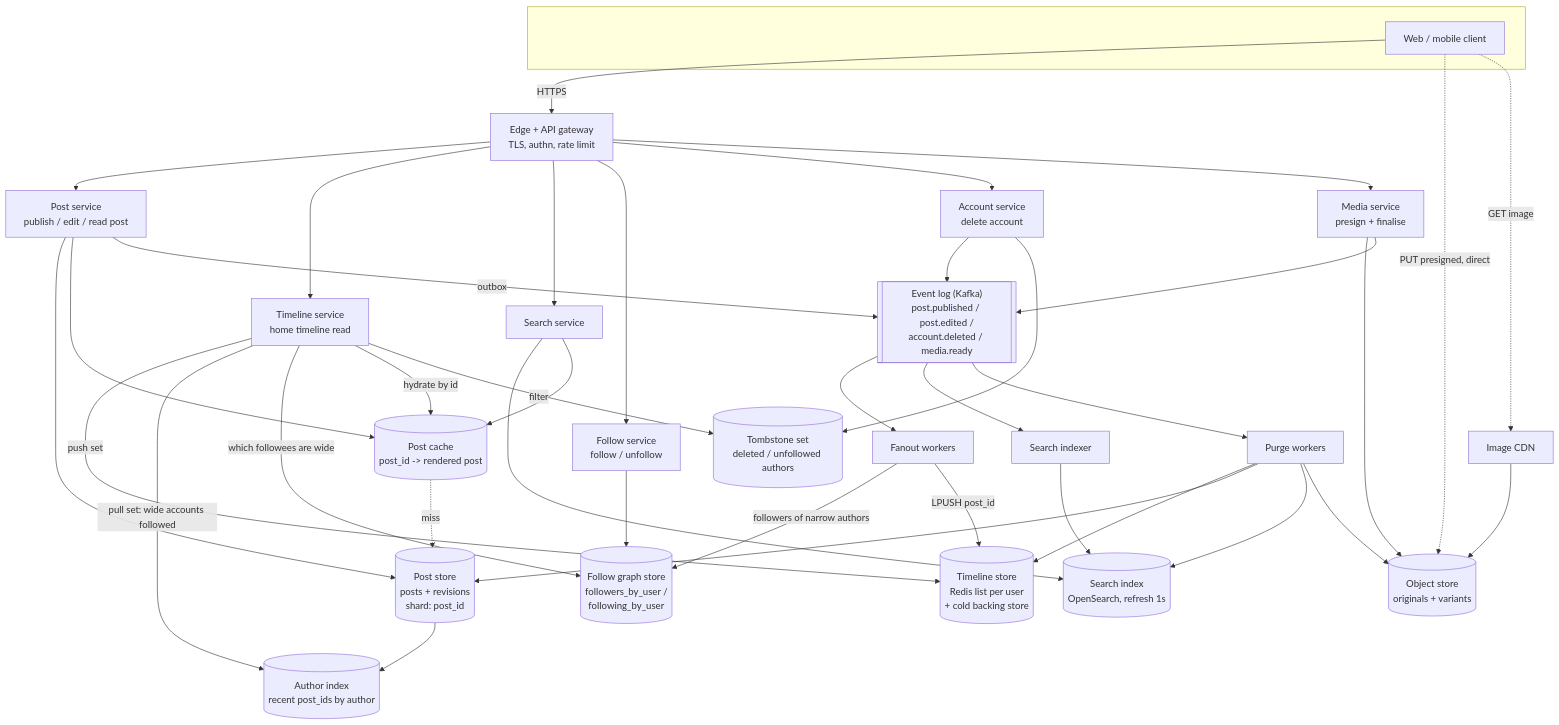
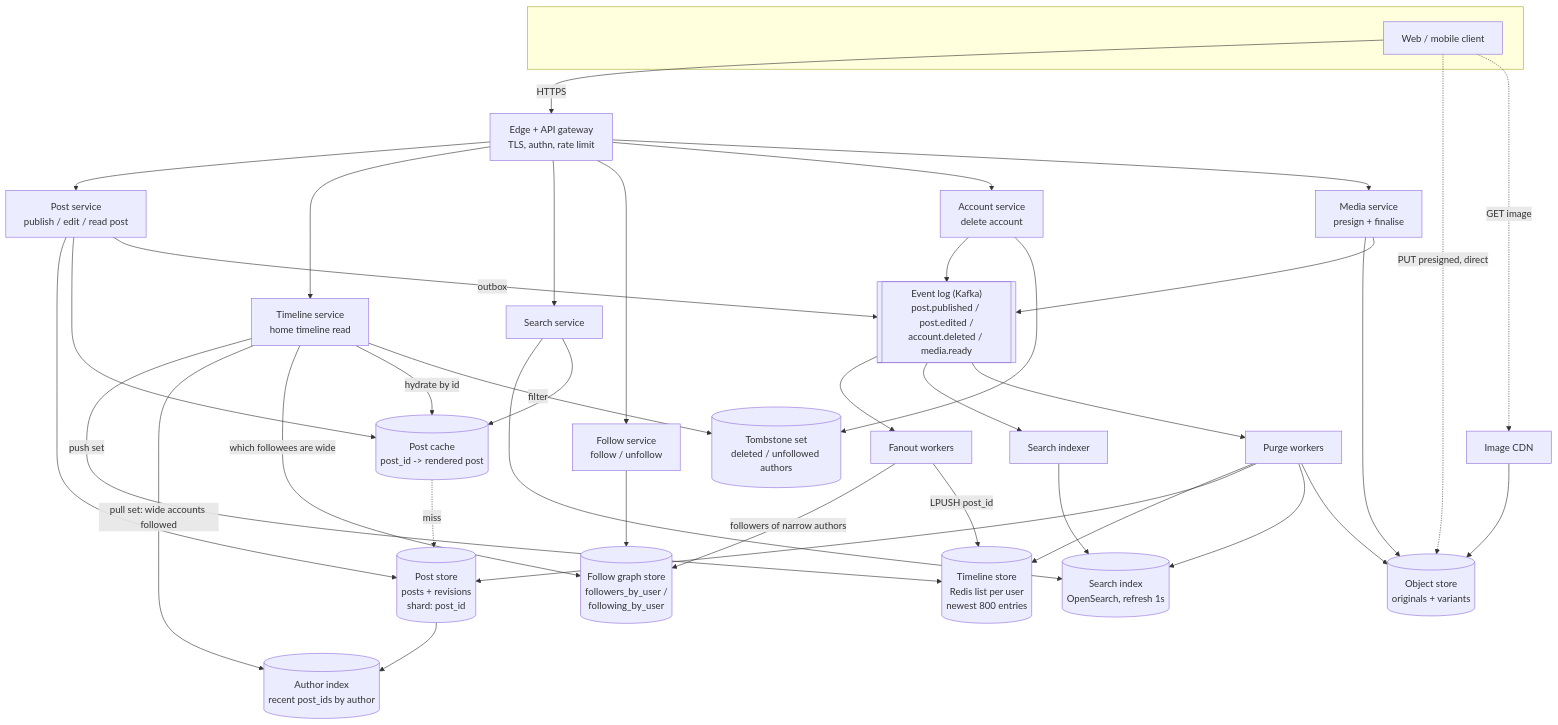
The first of 2 diagrams in 01-greenfield-design/DELIVERABLE.md (ginokhumz/mms-take-home), drawn with Mermaid before and after one commit. The commit also changed other lines of this file and 1 other file, not shown here.

````diff
--- a/01-greenfield-design/DELIVERABLE.md
+++ b/01-greenfield-design/DELIVERABLE.md
@@ -132,51 +132,51 @@
 ```mermaid
 graph TB
   subgraph clients[" "]
     C[Web / mobile client]
   end
 
   C -->|HTTPS| GW[Edge + API gateway<br/>TLS, authn, rate limit]
   C -.->|PUT presigned, direct| OS[(Object store<br/>originals + variants)]
   C -.->|GET image| CDN[Image CDN]
   CDN --> OS
 
   GW --> PS[Post service<br/>publish / edit / read post]
   GW --> TS[Timeline service<br/>home timeline read]
   GW --> SS[Search service]
   GW --> FS[Follow service<br/>follow / unfollow]
   GW --> AS[Account service<br/>delete account]
   GW --> MS[Media service<br/>presign + finalise]
 
   PS --> PDB[(Post store<br/>posts + revisions<br/>shard: post_id)]
   PS --> PC[(Post cache<br/>post_id -> rendered post)]
   PS -->|outbox| LOG[["Event log (Kafka)<br/>post.published / post.edited /<br/>account.deleted / media.ready"]]
 
   MS --> OS
   MS --> LOG
 
   LOG --> FW[Fanout workers]
   LOG --> IX[Search indexer]
   LOG --> PW[Purge workers]
 
   FW -->|followers of narrow authors| FGS[(Follow graph store<br/>followers_by_user /<br/>following_by_user)]
-  FW -->|LPUSH post_id| TL[(Timeline store<br/>Redis list per user<br/>+ cold backing store)]
+  FW -->|LPUSH post_id| TL[(Timeline store<br/>Redis list per user<br/>newest 800 entries)]
   IX --> SI[(Search index<br/>OpenSearch, refresh 1s)]
   PW --> TL
   PW --> PDB
   PW --> SI
   PW --> OS
 
   TS -->|push set| TL
   TS -->|"pull set: wide accounts followed"| AIX[(Author index<br/>recent post_ids by author)]
   TS -->|which followees are wide| FGS
   TS -->|hydrate by id| PC
   PC -.->|miss| PDB
   TS -->|filter| TOMB[(Tombstone set<br/>deleted / unfollowed authors)]
   SS --> SI
   SS --> PC
   FS --> FGS
   AS --> LOG
   AS --> TOMB
 
   PDB --> AIX
 ```
````
